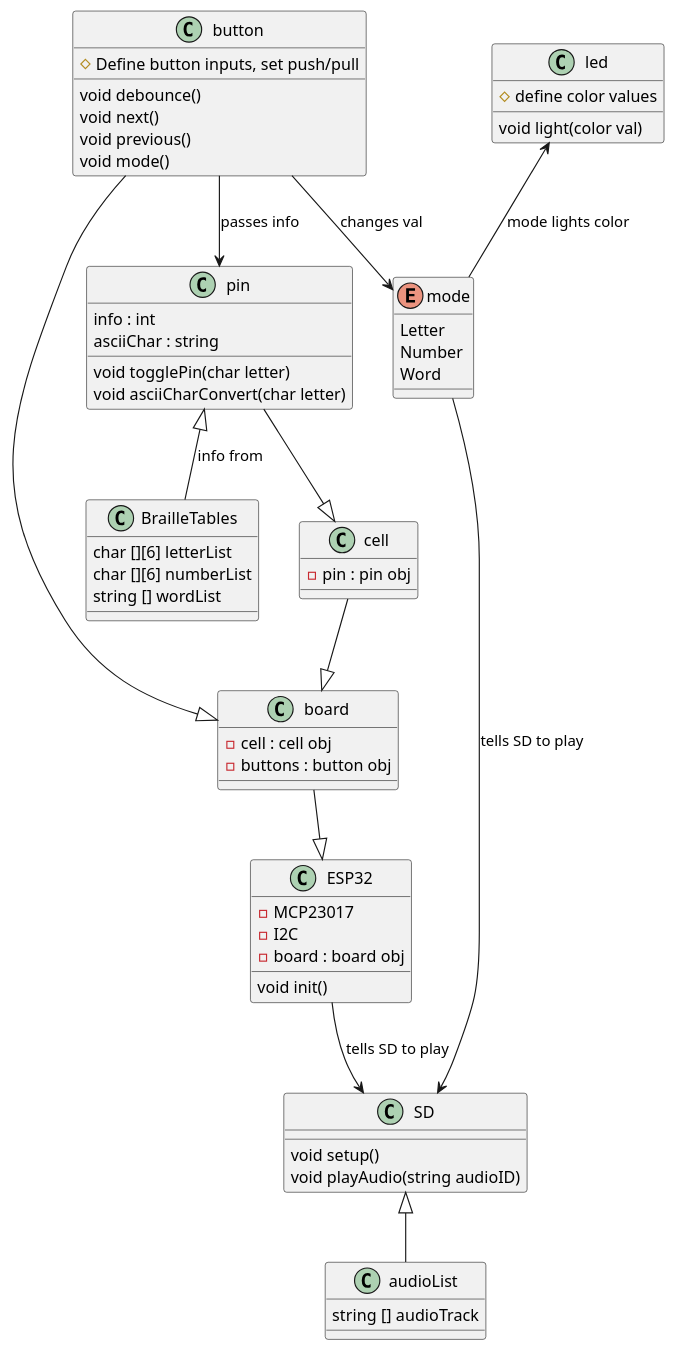
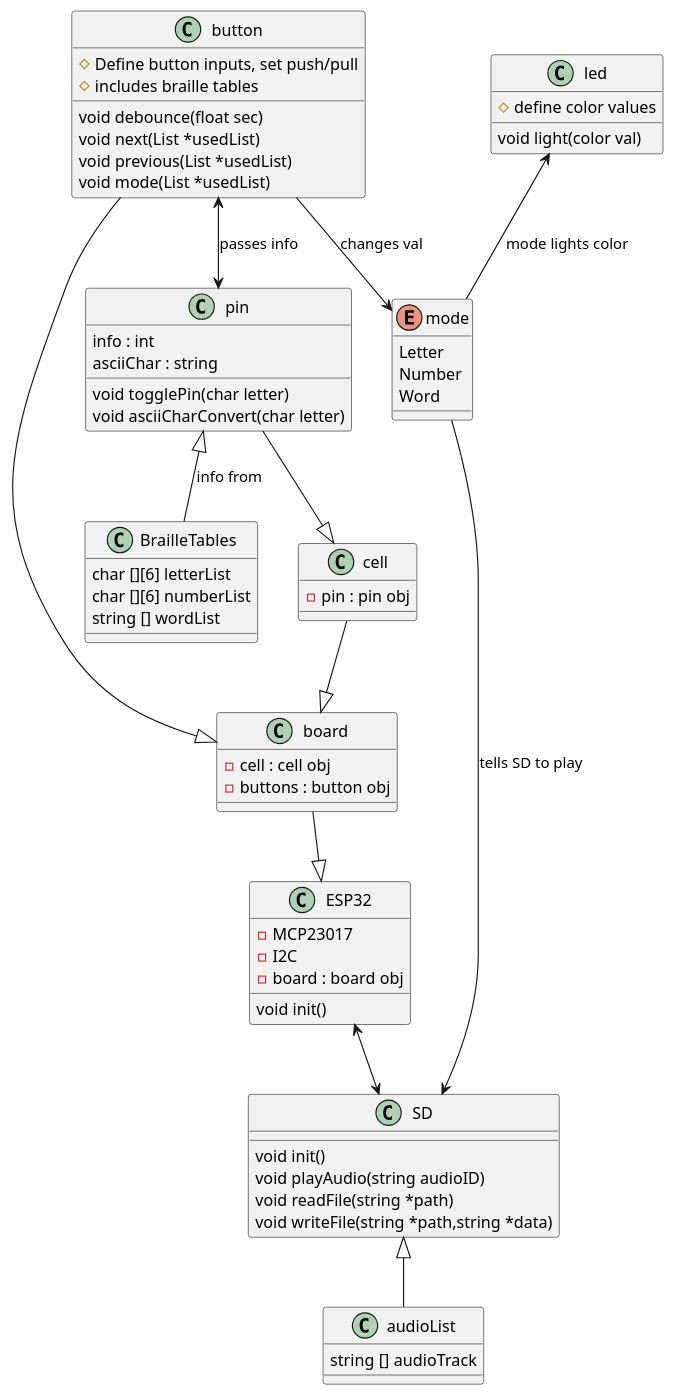
The diagram in Braille_Project/main/Braille.puml (nathe6/ENGR696-Braille), drawn with PlantUML before and after one commit. The commit also changed 19 other files, not shown here.

Commit message:
Edited UML

```diff
--- a/Braille_Project/main/Braille.puml
+++ b/Braille_Project/main/Braille.puml
@@ -1,75 +1,78 @@
 @startuml braille
 ' skinparam linetype polyline
 
 together {
     class board {
         - cell : cell obj
         - buttons : button obj
     }
 
     class cell {
         - pin : pin obj
     }
-    
+
         cell --|> board
         button --|> board
         pin --|> cell
 
     class pin {
         info : int
         asciiChar : string
         void togglePin(char letter)
         void asciiCharConvert(char letter)
     }
 
         pin <|-- BrailleTables : info from
         BrailleTables : char [][6] letterList
         BrailleTables : char [][6] numberList
         BrailleTables : string [] wordList
 
     class button {
         #Define button inputs, set push/pull
-        void debounce() 
-        void next() 
-        void previous()
-        void mode()
+        #includes braille tables
+        void debounce(float sec) 
+        void next(List *usedList) 
+        void previous(List *usedList)
+        void mode(List *usedList)
     }
 
-        button --> pin : passes info
+        button <--> pin : passes info 
         button --> mode : changes val
 
 }
 
 class ESP32 {
     - MCP23017
     - I2C
     - board : board obj
     void init()
 }
 
     board --|> ESP32
 
 class SD {
-    void setup()
+    void init()
     void playAudio(string audioID)
+    void readFile(string *path)
+    void writeFile(string *path,string *data)
 }
 
     SD <|-- audioList 
     audioList : string [] audioTrack
     mode -> SD : tells SD to play
-    ESP32 --> SD : tells SD to play
+    ESP32 <--> SD 
 
 class led {
     #define color values
     void light(color val)
 }
 
     led <-- mode : mode lights color
 
 enum mode {
     Letter
     Number
     Word
 } 
 
 @enduml
```
